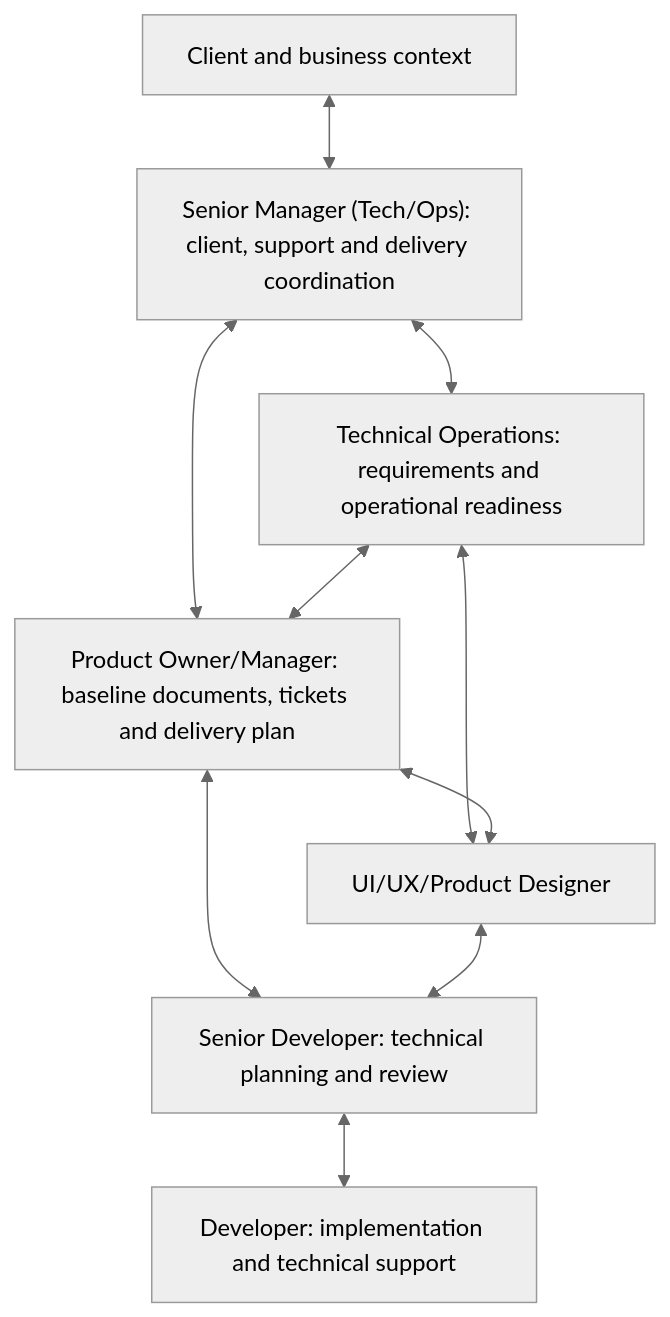
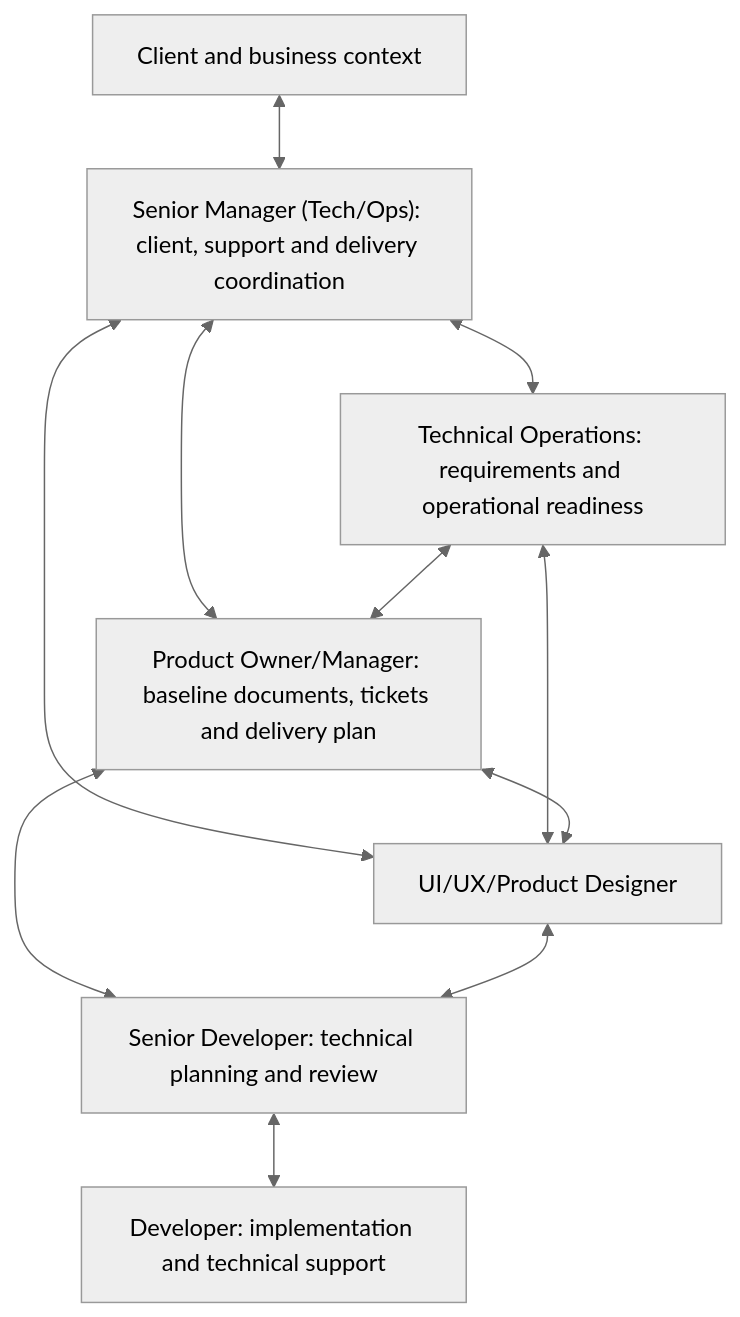
The diagram in company/roles-and-responsibilities.mdx (NextEdgelabs/nextedge-docs), drawn with Mermaid (neutral theme) before and after one commit. The commit also changed other lines of this file and 9 other files, not shown here.

````diff
--- a/company/roles-and-responsibilities.mdx
+++ b/company/roles-and-responsibilities.mdx
@@ -15,12 +17,13 @@
 ```mermaid
 flowchart TB
   C["Client and business context"] <--> S["Senior Manager (Tech/Ops): client, support and delivery coordination"]
   S <--> T["Technical Operations: requirements and operational readiness"]
+  S <--> U["UI/UX/Product Designer"]
   S <--> P["Product Owner/Manager: baseline documents, tickets and delivery plan"]
   T <--> P
-  T <--> U["UI/UX/Product Designer"]
+  T <--> U
   P <--> U
   P <--> R["Senior Developer: technical planning and review"]
   R <--> D["Developer: implementation and technical support"]
   U <--> R
 ```
````
